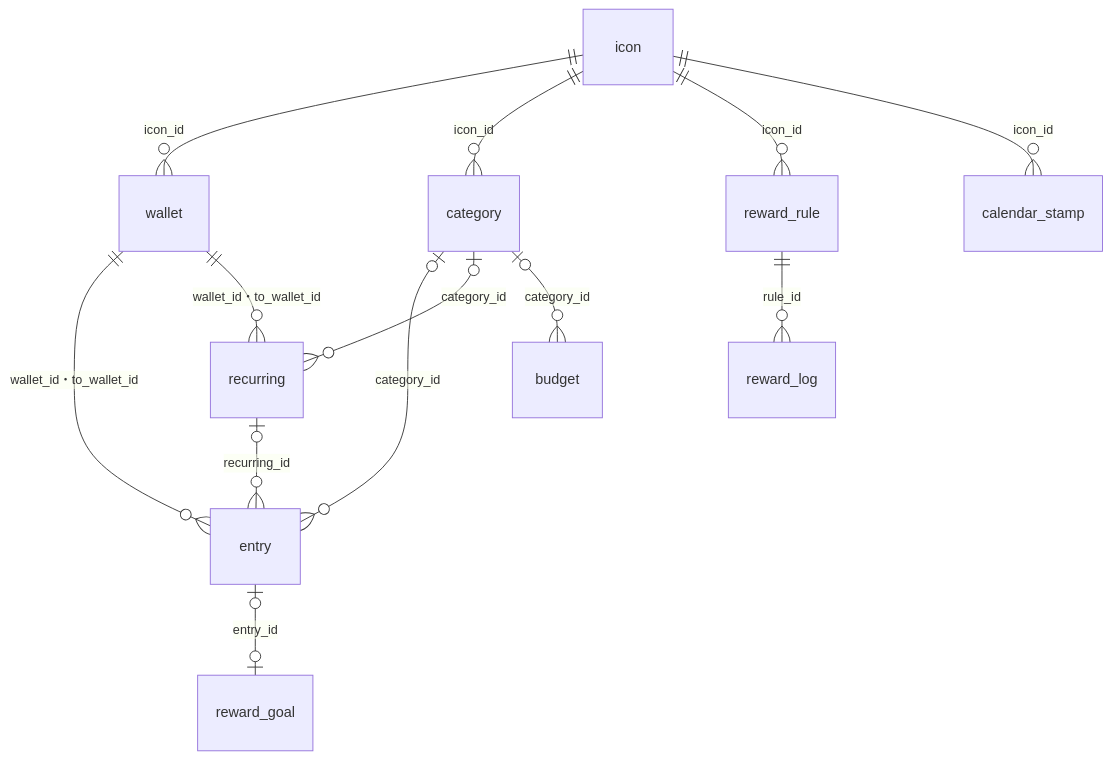
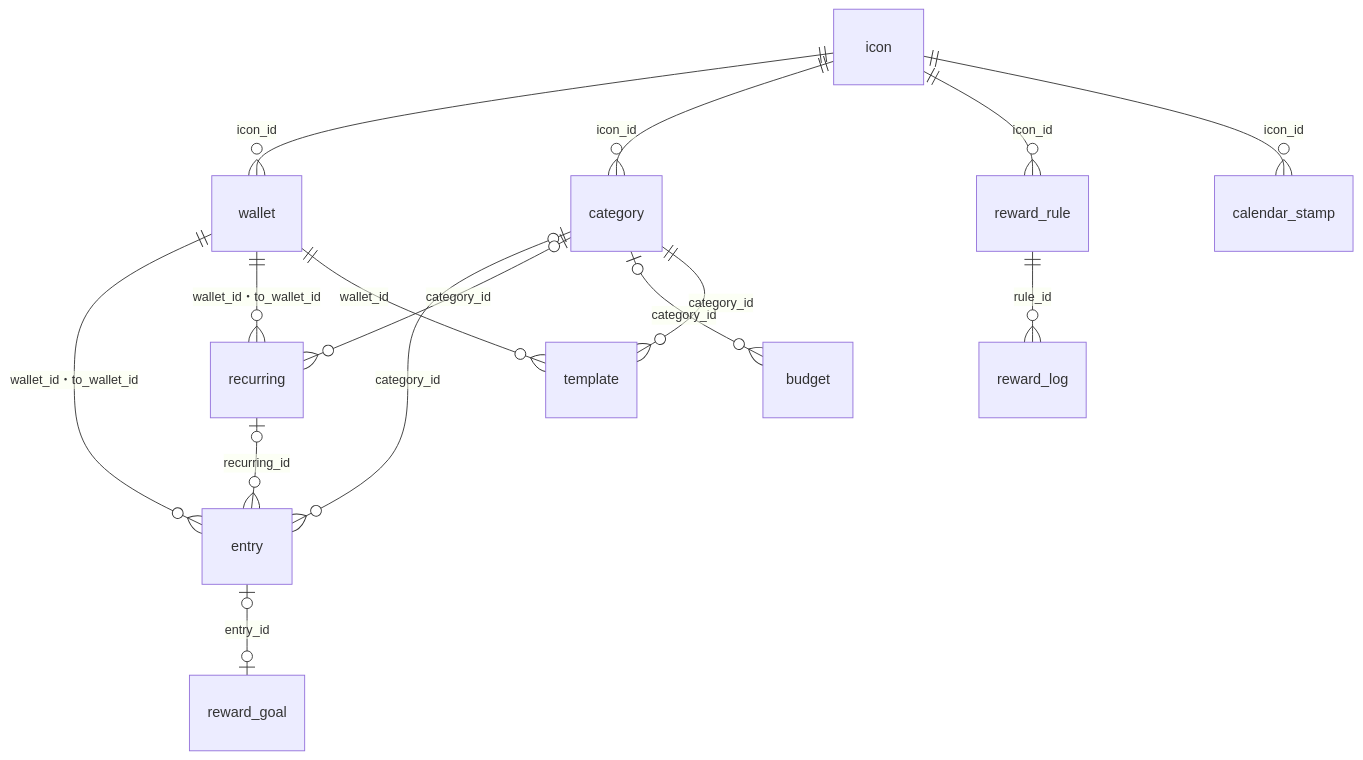
The diagram in docs/data.md (yossibank/kakeibot), drawn with Mermaid before and after one commit. The commit also changed other lines of this file and 43 other files, not shown here.

````diff
--- a/docs/data.md
+++ b/docs/data.md
@@ -9,15 +9,17 @@
 ```mermaid
 erDiagram
     icon ||--o{ wallet : "icon_id"
     icon ||--o{ category : "icon_id"
     icon ||--o{ reward_rule : "icon_id"
     icon ||--o{ calendar_stamp : "icon_id"
     wallet ||--o{ entry : "wallet_id・to_wallet_id"
     category |o--o{ entry : "category_id"
     recurring |o--o{ entry : "recurring_id"
     wallet ||--o{ recurring : "wallet_id・to_wallet_id"
     category |o--o{ recurring : "category_id"
     category |o--o{ budget : "category_id"
+    category ||--o{ template : "category_id"
+    wallet ||--o{ template : "wallet_id"
     reward_rule ||--o{ reward_log : "rule_id"
     entry |o--o| reward_goal : "entry_id"
 ```
````
